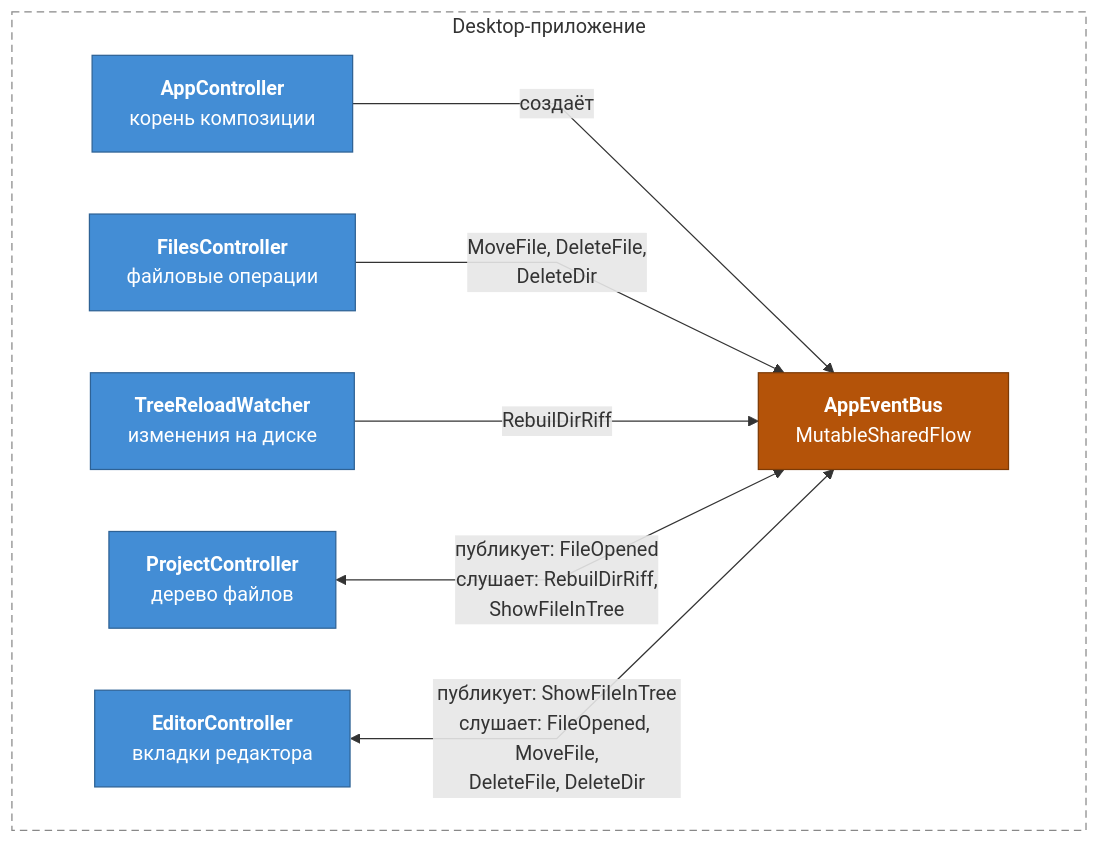
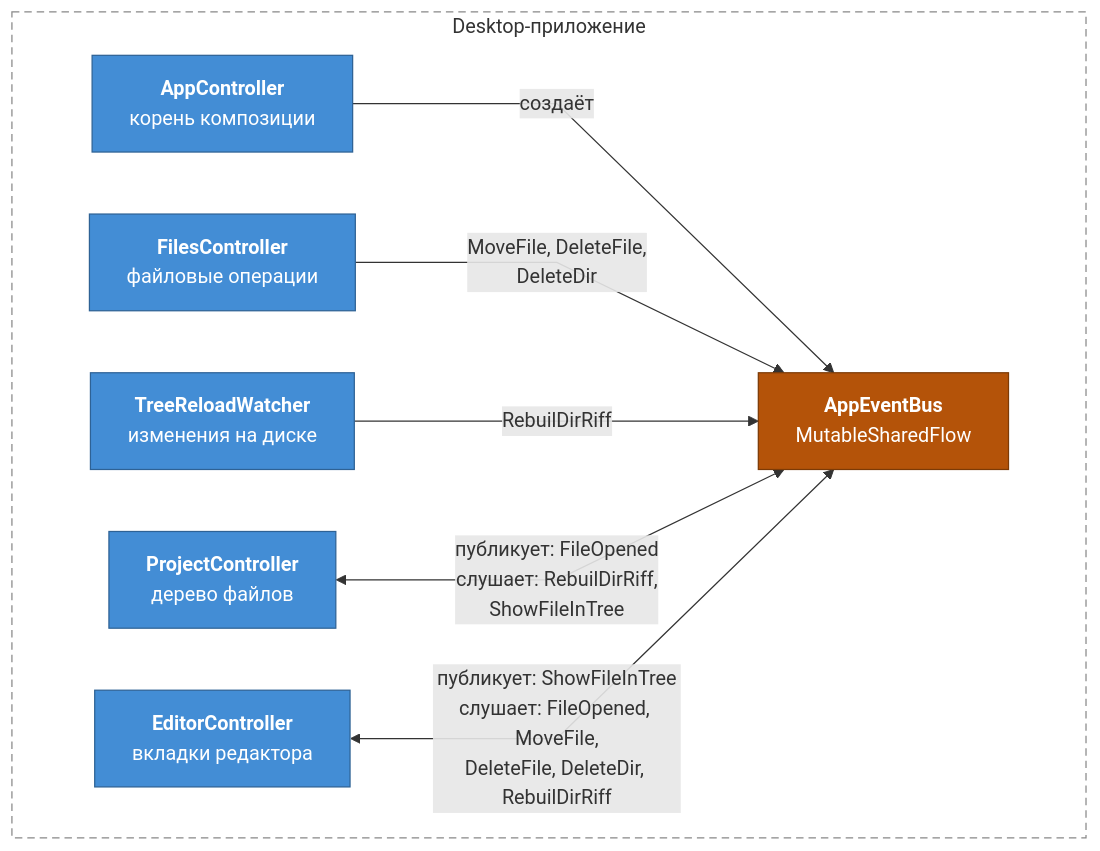
One commit to efimov-r/aisdme changed the third of 9 diagrams in docs/architecture.md. Above: the diagram before and after it, drawn with Mermaid. The commit also changed other lines of this file and 17 other files, not shown here.

````diff
--- a/docs/architecture.md
+++ b/docs/architecture.md
@@ -106,22 +106,22 @@
 ```mermaid
 %%{init: {"flowchart": {"curve": "linear", "nodeSpacing": 50, "rankSpacing": 100}}}%%
 flowchart TB
     classDef comp fill:#438dd5,stroke:#2e6295,color:#fff
     classDef bus fill:#b45309,stroke:#7c3a06,color:#fff
 
     subgraph app["Desktop-приложение"]
         appC["<b>AppController</b><br/>корень композиции"]:::comp
         filesC["<b>FilesController</b><br/>файловые операции"]:::comp
         watcher["<b>TreeReloadWatcher</b><br/>изменения на диске"]:::comp
         bus["<b>AppEventBus</b><br/>MutableSharedFlow"]:::bus
         projectC["<b>ProjectController</b><br/>дерево файлов"]:::comp
         editorC["<b>EditorController</b><br/>вкладки редактора"]:::comp
     end
     style app fill:transparent,stroke:#888,stroke-dasharray:6 4
 
     appC -->|"создаёт"| bus
     filesC -->|"MoveFile, DeleteFile,<br/>DeleteDir"| bus
     watcher -->|"RebuilDirRiff"| bus
     projectC <-->|"публикует: FileOpened<br/>слушает: RebuilDirRiff,<br/>ShowFileInTree"| bus
-    editorC <-->|"публикует: ShowFileInTree<br/>слушает: FileOpened, MoveFile,<br/>DeleteFile, DeleteDir"| bus
+    editorC <-->|"публикует: ShowFileInTree<br/>слушает: FileOpened, MoveFile,<br/>DeleteFile, DeleteDir, RebuilDirRiff"| bus
 ```
````
